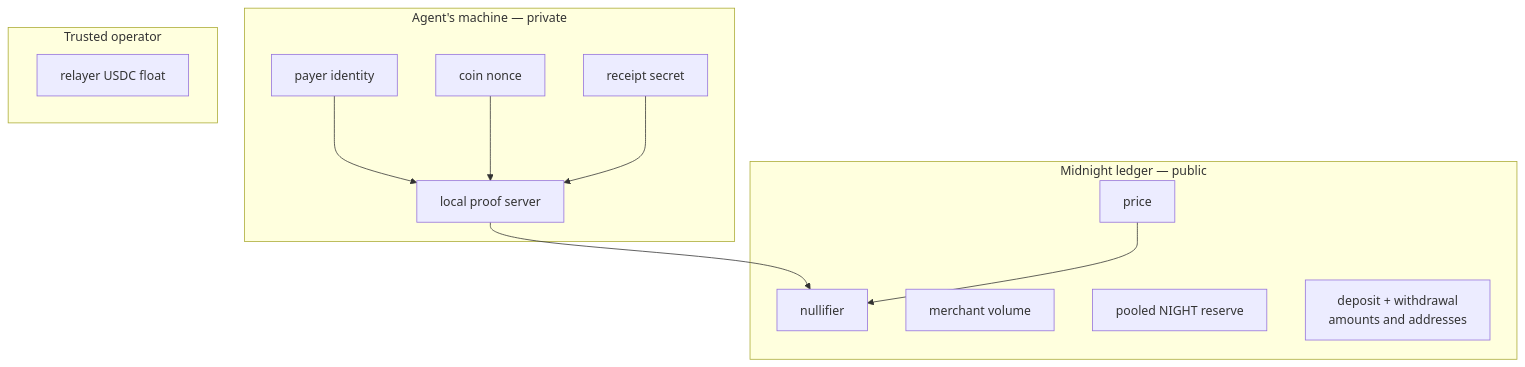
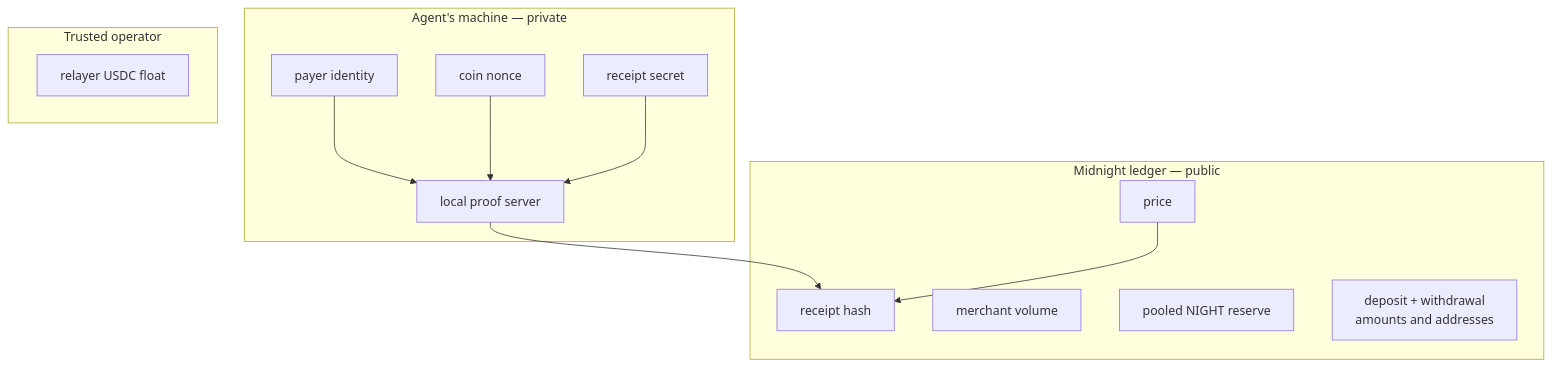
The ninth of 9 diagrams in docs/architecture/payment-flow.md (julianariel/m402), drawn with Mermaid before and after one commit. The commit also changed other lines of this file and 5 other files, not shown here.

````diff
--- a/docs/architecture/payment-flow.md
+++ b/docs/architecture/payment-flow.md
@@ -222,27 +223,27 @@
 ```mermaid
 flowchart TB
     subgraph private["Agent's machine — private"]
         who["payer identity"]
         nonce["coin nonce"]
         secret["receipt secret"]
         prover["local proof server"]
     end
 
     subgraph chain["Midnight ledger — public"]
-        nullifier["nullifier"]
+        receipt["receipt hash"]
         price["price"]
         volume["merchant volume"]
         reserve["pooled NIGHT reserve"]
         deposits["deposit + withdrawal<br/>amounts and addresses"]
     end
 
     subgraph trusted["Trusted operator"]
         relayer["relayer USDC float"]
     end
 
     who --> prover
     nonce --> prover
     secret --> prover
-    prover --> nullifier
-    price --> nullifier
+    prover --> receipt
+    price --> receipt
 ```
````
